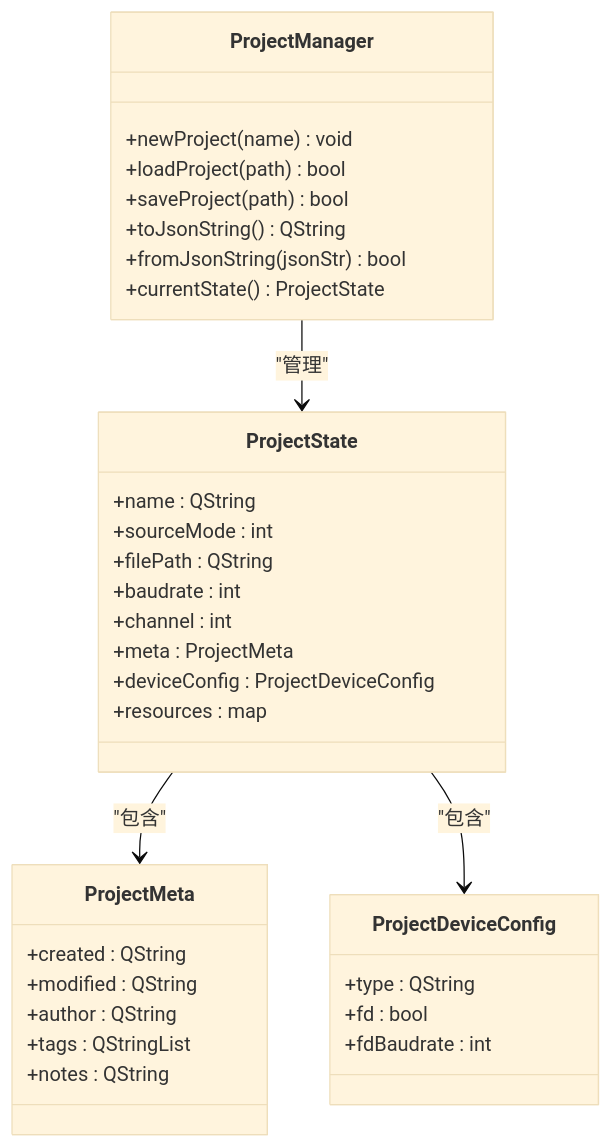
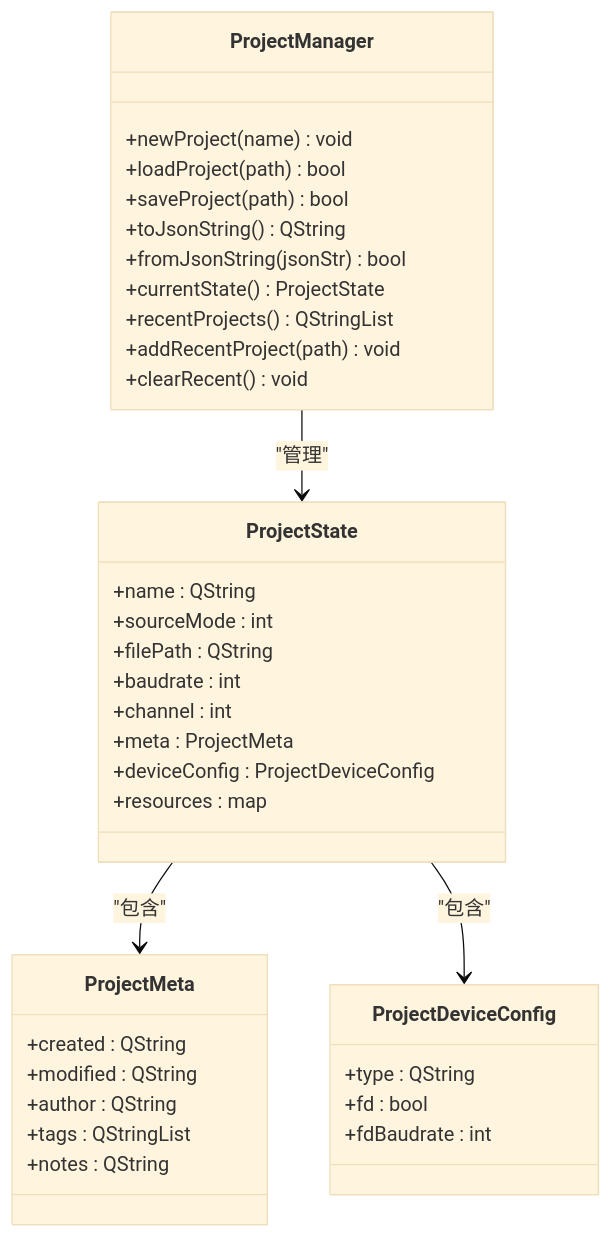
One commit to jakecai1225-design/OpenBus changed the seventh of 15 diagrams in .qoder/repowiki/zh/content/核心模块详解/项目管理系统.md. Above: the diagram before and after it, drawn with Mermaid (base theme). The commit also changed other lines of this file and 9 other files, not shown here.

````diff
--- a/.qoder/repowiki/zh/content/核心模块详解/项目管理系统.md
+++ b/.qoder/repowiki/zh/content/核心模块详解/项目管理系统.md
@@ -180,36 +337,39 @@
 ```mermaid
 classDiagram
 class ProjectManager {
 +newProject(name) void
 +loadProject(path) bool
 +saveProject(path) bool
 +toJsonString() QString
 +fromJsonString(jsonStr) bool
 +currentState() ProjectState
++recentProjects() QStringList
++addRecentProject(path) void
++clearRecent() void
 }
 class ProjectMeta {
 +created : QString
 +modified : QString
 +author : QString
 +tags : QStringList
 +notes : QString
 }
 class ProjectDeviceConfig {
 +type : QString
 +fd : bool
 +fdBaudrate : int
 }
 class ProjectState {
 +name : QString
 +sourceMode : int
 +filePath : QString
 +baudrate : int
 +channel : int
 +meta : ProjectMeta
 +deviceConfig : ProjectDeviceConfig
 +resources : map
 }
 ProjectManager --> ProjectState : "管理"
 ProjectState --> ProjectMeta : "包含"
 ProjectState --> ProjectDeviceConfig : "包含"
 ```
````
